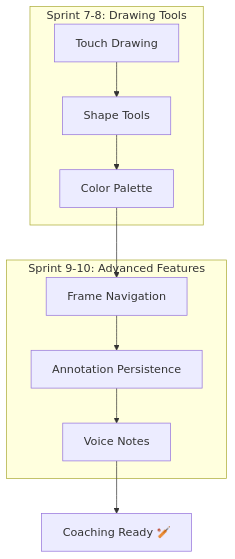
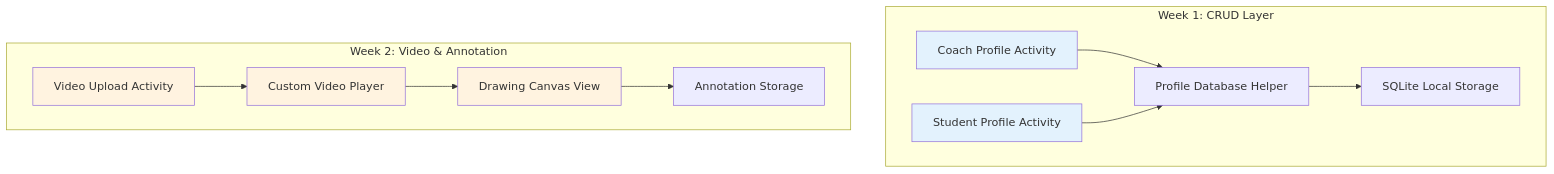
One commit to rajpatel8/WicketWise changed the fourth of 6 diagrams in Diagram.md. Above: the diagram before and after it, drawn with Mermaid. The commit also changed other lines of this file, not shown here.

````diff
--- a/Diagram.md
+++ b/Diagram.md
@@ -161,15 +73,30 @@
 ```mermaid
 graph TB
-    subgraph "Sprint 7-8: Drawing Tools"
-        A[Touch Drawing] --> B[Shape Tools]
-        B --> C[Color Palette]
+    subgraph "Week 1: CRUD Layer"
+        A[Coach Profile Activity]
+        B[Student Profile Activity]
+        C[Profile Database Helper]
+        D[SQLite Local Storage]
     end
     
-    subgraph "Sprint 9-10: Advanced Features"
-        D[Frame Navigation] --> E[Annotation Persistence]
-        E --> F[Voice Notes]
+    subgraph "Week 2: Video & Annotation"
+        E[Video Upload Activity]
+        F[Custom Video Player]
+        G[Drawing Canvas View]
+        H[Annotation Storage]
     end
     
+    A --> C
+    B --> C
     C --> D
-    F --> G[Coaching Ready 🏏]
+    
+    E --> F
+    F --> G
+    G --> H
+    
+    style A fill:#e3f2fd
+    style B fill:#e3f2fd
+    style E fill:#fff3e0
+    style F fill:#fff3e0
+    style G fill:#fff3e0
 ```
````
